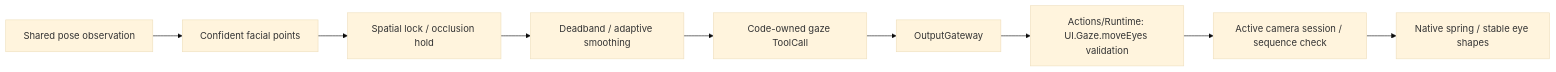
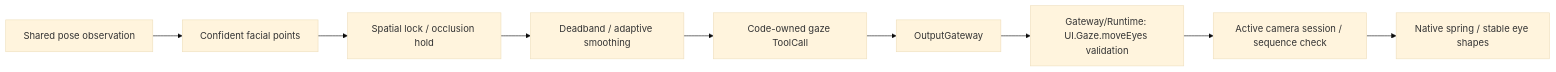
Before and after one commit to devilyouwei/MobileHarness: the seventh of 7 diagrams in MobileHarness/Agents/VisionPerception/README.md, drawn with Mermaid (base theme). The commit also changed other lines of this file and 238 other files, not shown here.

First line of the commit message:
Separate callable Actions from Gateway execution and call protocols

````diff
--- a/MobileHarness/Agents/VisionPerception/README.md
+++ b/MobileHarness/Agents/VisionPerception/README.md
@@ -282,11 +282,11 @@
 ```mermaid
 flowchart LR
     Pose[Shared pose observation] --> Face[Confident facial points]
     Face --> Lock[Spatial lock / occlusion hold]
     Lock --> Filter[Deadband / adaptive smoothing]
     Filter --> Resolve[Code-owned gaze ToolCall]
     Resolve --> Gateway[OutputGateway]
-    Gateway --> Tool[Actions/Runtime: UI.Gaze.moveEyes validation]
+    Gateway --> Tool[Gateway/Runtime: UI.Gaze.moveEyes validation]
     Tool --> Scene[Active camera session / sequence check]
     Scene --> Eyes[Native spring / stable eye shapes]
 ```
````
